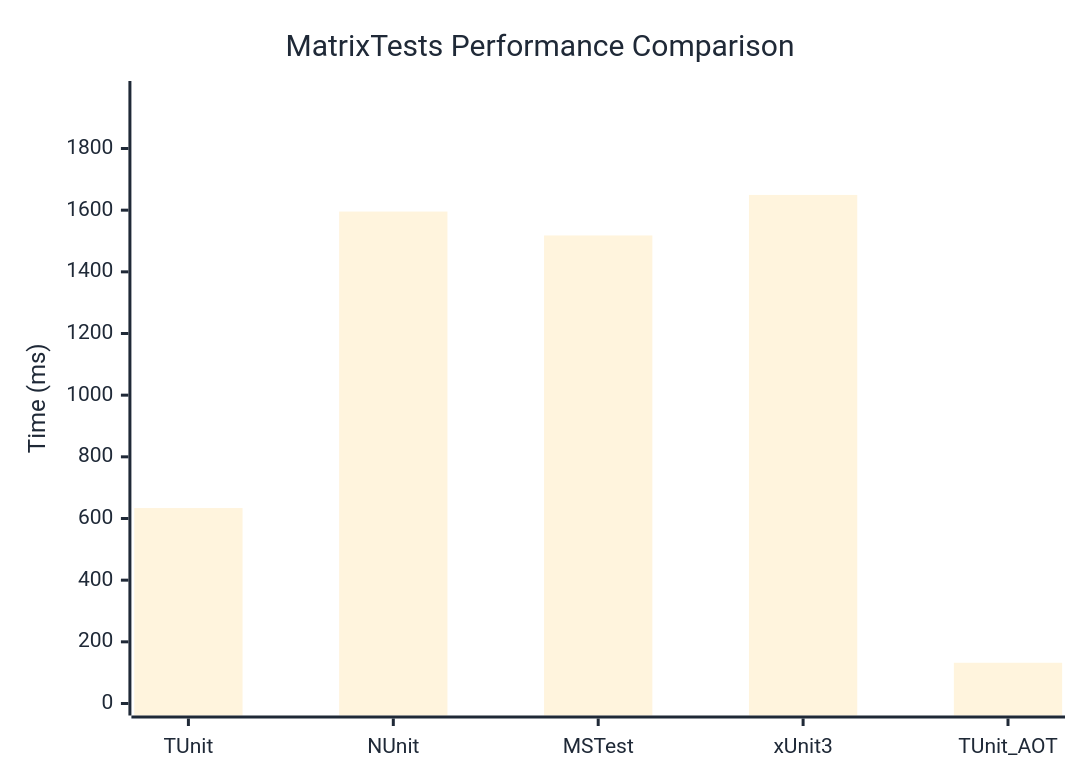
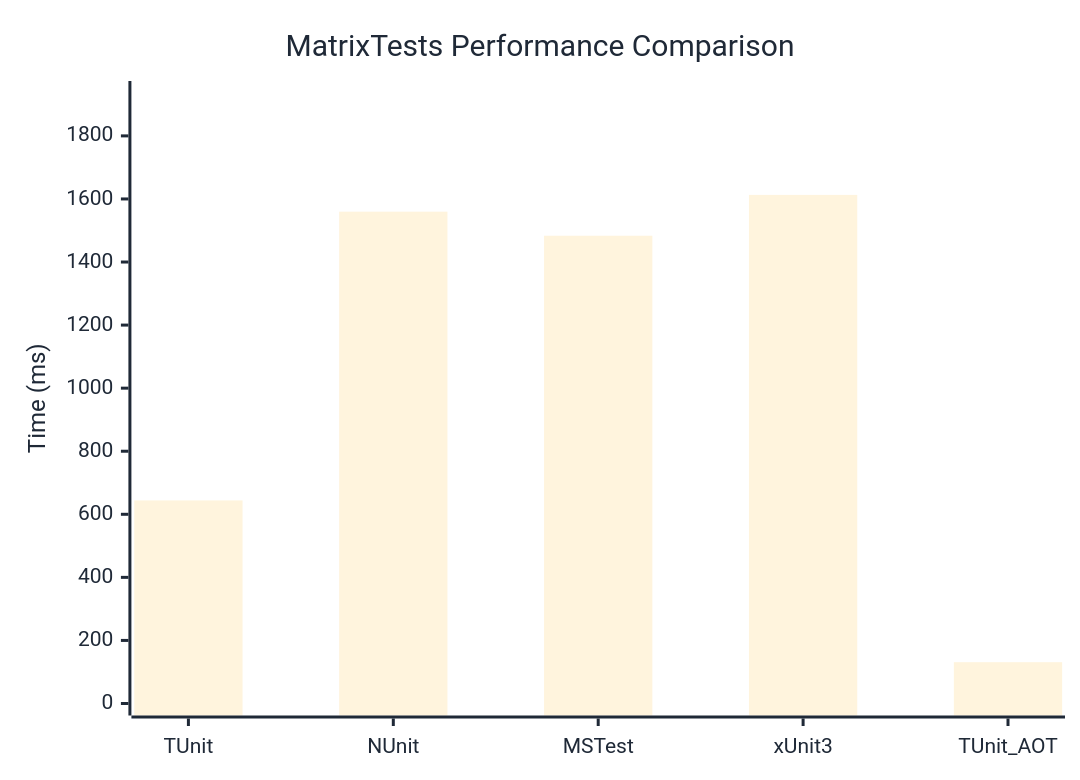
Before and after one commit to thomhurst/TUnit: the diagram in docs/docs/benchmarks/MatrixTests.md, drawn with Mermaid. The commit also changed other lines of this file and 17 other files, not shown here.

````diff
--- a/docs/docs/benchmarks/MatrixTests.md
+++ b/docs/docs/benchmarks/MatrixTests.md
@@ -27,37 +27,37 @@
 ```mermaid
 %%{init: {
   'theme':'base',
   'themeVariables': {
     'primaryColor': '#2563eb',
     'primaryTextColor': '#1f2937',
     'primaryBorderColor': '#1e40af',
     'lineColor': '#6b7280',
     'secondaryColor': '#7c3aed',
     'tertiaryColor': '#dc2626',
     'background': '#ffffff',
     'mainBkg': '#2563eb',
     'secondBkg': '#7c3aed',
     'tertiaryBkg': '#dc2626',
     'clusterBkg': '#f3f4f6',
     'edgeLabelBackground': '#ffffff',
     'tertiaryTextColor': '#1f2937',
     'pie1': '#2563eb',
     'pie2': '#7c3aed',
     'pie3': '#dc2626',
     'pie4': '#f59e0b',
     'pie5': '#10b981',
     'pie6': '#06b6d4',
     'pie7': '#ec4899',
     'pie8': '#6366f1',
     'pie9': '#84cc16',
     'pie10': '#f97316',
     'pie11': '#14b8a6',
     'pie12': '#a855f7'
   }
 }}%%
 xychart-beta
   title "MatrixTests Performance Comparison"
   x-axis ["TUnit", "NUnit", "MSTest", "xUnit3", "TUnit_AOT"]
-  y-axis "Time (ms)" 0 --> 1980
-  bar [633.9, 1595.5, 1518, 1649.4, 132.1]
+  y-axis "Time (ms)" 0 --> 1936
+  bar [644, 1559.7, 1483.4, 1612.8, 131]
 ```
````
